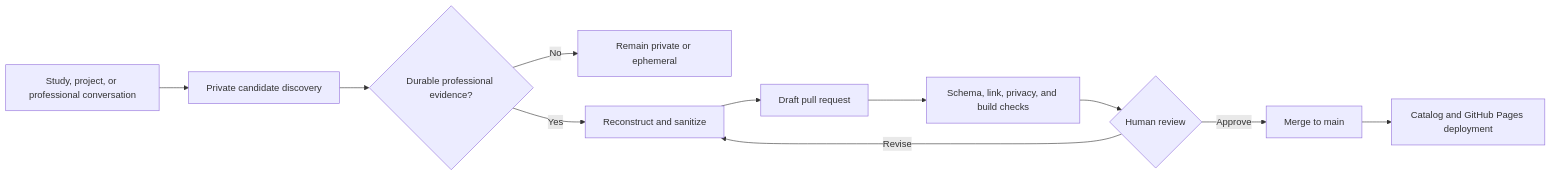
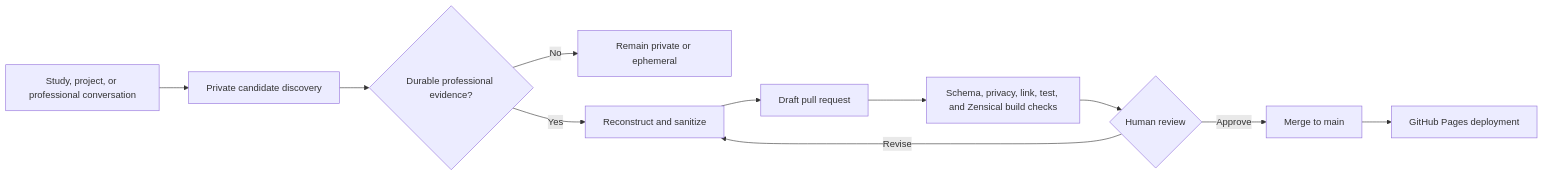
One commit to skrrtvonnegut-droid/portfolio changed the diagram in README.md. Above: the diagram before and after it, drawn with Mermaid. The commit also changed other lines of this file and 17 other files, not shown here.

Commit message:
refactor: align portfolio site with Zensical architecture

````diff
--- a/README.md
+++ b/README.md
@@ -42,13 +42,13 @@
 ```mermaid
 flowchart LR
     A[Study, project, or professional conversation] --> B[Private candidate discovery]
     B --> C{Durable professional evidence?}
     C -->|No| D[Remain private or ephemeral]
     C -->|Yes| E[Reconstruct and sanitize]
     E --> F[Draft pull request]
-    F --> G[Schema, link, privacy, and build checks]
+    F --> G[Schema, privacy, link, test, and Zensical build checks]
     G --> H{Human review}
     H -->|Revise| E
     H -->|Approve| I[Merge to main]
-    I --> J[Catalog and GitHub Pages deployment]
+    I --> J[GitHub Pages deployment]
 ```
````
